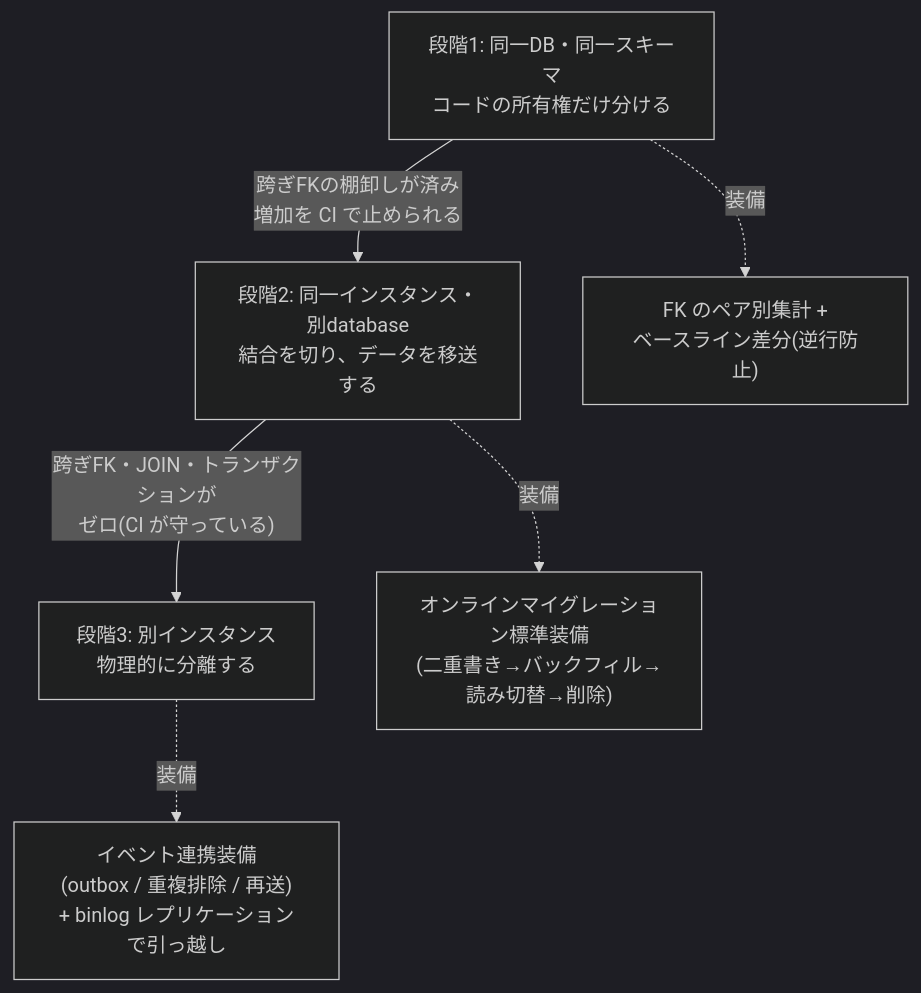
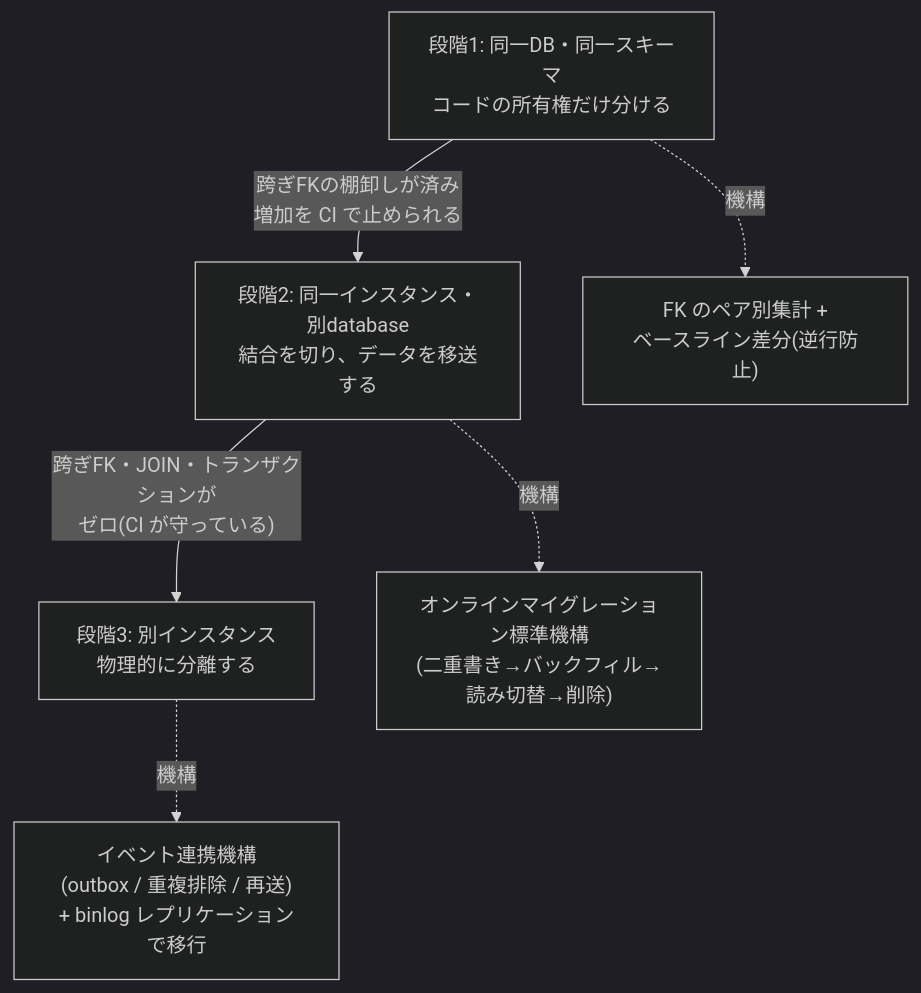
Before and after one commit to rikukaInoue/rikukadev: the first of 7 diagrams in src/content/blog/monolith-data-carving-three-stages.mdx, drawn with Mermaid (dark theme). The commit also changed other lines of this file, not shown here.

````diff
--- a/src/content/blog/monolith-data-carving-three-stages.mdx
+++ b/src/content/blog/monolith-data-carving-three-stages.mdx
@@ -28,13 +28,13 @@
 ```mermaid
 graph TB
     S1["段階1: 同一DB・同一スキーマ<br/>コードの所有権だけ分ける"]
     S2["段階2: 同一インスタンス・別database<br/>結合を切り、データを移送する"]
     S3["段階3: 別インスタンス<br/>物理的に分離する"]
 
     S1 -->|"跨ぎFKの棚卸しが済み<br/>増加を CI で止められる"| S2
     S2 -->|"跨ぎFK・JOIN・トランザクションが<br/>ゼロ(CI が守っている)"| S3
 
-    S1 -.->|装備| T1["FK のペア別集計 +<br/>ベースライン差分(逆行防止)"]
-    S2 -.->|装備| T2["オンラインマイグレーション標準装備<br/>(二重書き→バックフィル→読み切替→削除)"]
-    S3 -.->|装備| T3["イベント連携装備<br/>(outbox / 重複排除 / 再送)<br/>+ binlog レプリケーションで引っ越し"]
+    S1 -.->|機構| T1["FK のペア別集計 +<br/>ベースライン差分(逆行防止)"]
+    S2 -.->|機構| T2["オンラインマイグレーション標準機構<br/>(二重書き→バックフィル→読み切替→削除)"]
+    S3 -.->|機構| T3["イベント連携機構<br/>(outbox / 重複排除 / 再送)<br/>+ binlog レプリケーションで移行"]
 ```
````
